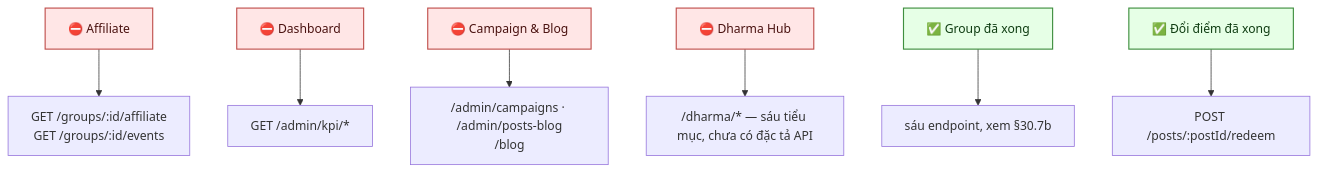
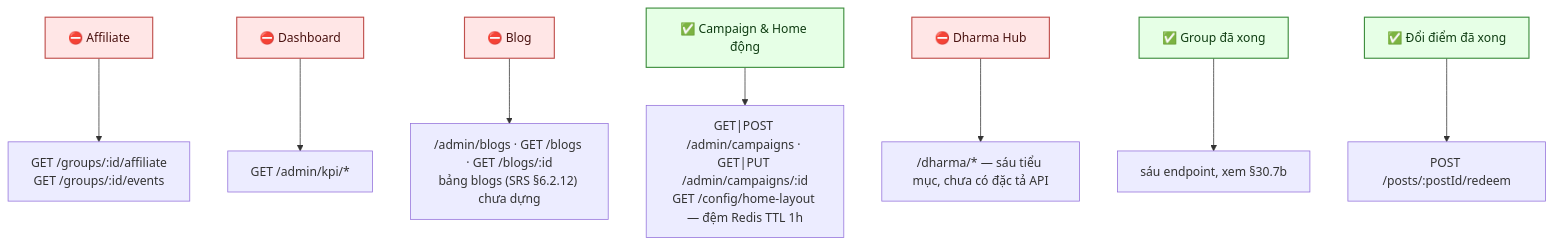
Before and after one commit to fdshn/trueheart: the second of 2 diagrams in docs/diagram/30-endpoint-matrix.md, drawn with Mermaid. The commit also changed other lines of this file and 35 other files, not shown here.

First line of the commit message:
feat(campaign): F63 Home động theo chiến dịch — BR_CAMP_01 là ràng buộc Postgres, không phải nhánh if

````diff
--- a/docs/diagram/30-endpoint-matrix.md
+++ b/docs/diagram/30-endpoint-matrix.md
@@ -182,17 +182,19 @@
 ```mermaid
 flowchart TD
     B["⛔ Affiliate"] --> B1["GET /groups/:id/affiliate<br/>GET /groups/:id/events"]
     D["⛔ Dashboard"] --> D1["GET /admin/kpi/*"]
-    E["⛔ Campaign & Blog"] --> E1["/admin/campaigns · /admin/posts-blog<br/>/blog"]
+    E["⛔ Blog"] --> E1["/admin/blogs · GET /blogs · GET /blogs/:id<br/>bảng blogs (SRS §6.2.12) chưa dựng"]
+    G["✅ Campaign & Home động"] --> G1["GET|POST /admin/campaigns · GET|PUT /admin/campaigns/:id<br/>GET /config/home-layout — đệm Redis TTL 1h"]
     F["⛔ Dharma Hub"] --> F1["/dharma/* — sáu tiểu mục, chưa có đặc tả API"]
 
     A["✅ Group đã xong"] --> A1["sáu endpoint, xem §30.7b"]
     C["✅ Đổi điểm đã xong"] --> C1["POST /posts/:postId/redeem"]
 
     style A fill:#e6ffe6,stroke:#3f8f3f,stroke-width:1.5px,color:#0f3d12
     style C fill:#e6ffe6,stroke:#3f8f3f,stroke-width:1.5px,color:#0f3d12
     style B fill:#ffe6e6,stroke:#c0504d,stroke-width:1.5px,color:#4a1210
     style D fill:#ffe6e6,stroke:#c0504d,stroke-width:1.5px,color:#4a1210
     style E fill:#ffe6e6,stroke:#c0504d,stroke-width:1.5px,color:#4a1210
     style F fill:#ffe6e6,stroke:#c0504d,stroke-width:1.5px,color:#4a1210
+    style G fill:#e6ffe6,stroke:#3f8f3f,stroke-width:1.5px,color:#0f3d12
 ```
````
